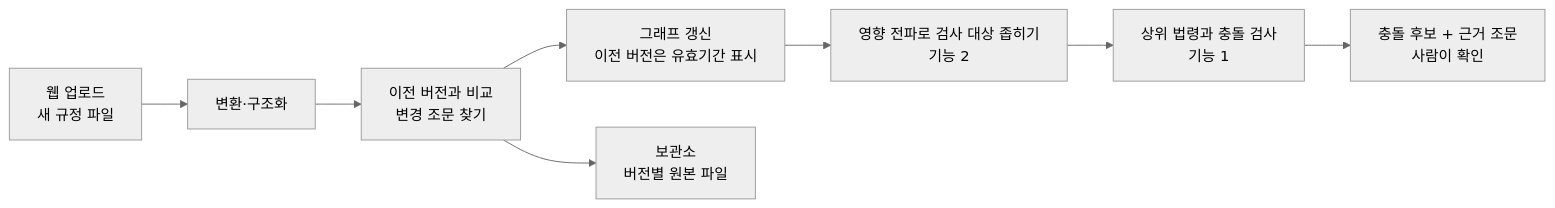
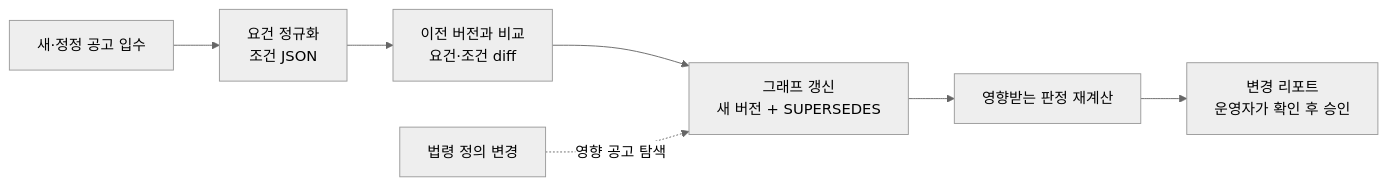
The second of 2 diagrams in docs/ONTOLOGY_NECESSITY.md (encore-ai-campus/mle-01-final-team2), drawn with Mermaid (neutral theme) before and after one commit. The commit also changed other lines of this file and 1128 other files, not shown here.

````diff
--- a/docs/ONTOLOGY_NECESSITY.md
+++ b/docs/ONTOLOGY_NECESSITY.md
@@ -188,10 +115,9 @@
 ```mermaid
 flowchart LR
-    U["웹 업로드<br/>새 규정 파일"] --> V["변환·구조화"]
-    V --> D["이전 버전과 비교<br/>변경 조문 찾기"]
-    D --> G["그래프 갱신<br/>이전 버전은 유효기간 표시"]
-    D --> A["보관소<br/>버전별 원본 파일"]
-    G --> I["영향 전파로 검사 대상 좁히기<br/>기능 2"]
-    I --> K["상위 법령과 충돌 검사<br/>기능 1"]
-    K --> N["충돌 후보 + 근거 조문<br/>사람이 확인"]
+    I["새·정정 공고 입수"] --> N["요건 정규화<br/>조건 JSON"]
+    N --> D["이전 버전과 비교<br/>요건·조건 diff"]
+    D --> G["그래프 갱신<br/>새 버전 + SUPERSEDES"]
+    LAW["법령 정의 변경"] -. "영향 공고 탐색" .-> G
+    G --> J["영향받는 판정 재계산"]
+    J --> R["변경 리포트<br/>운영자가 확인 후 승인"]
 ```
````
